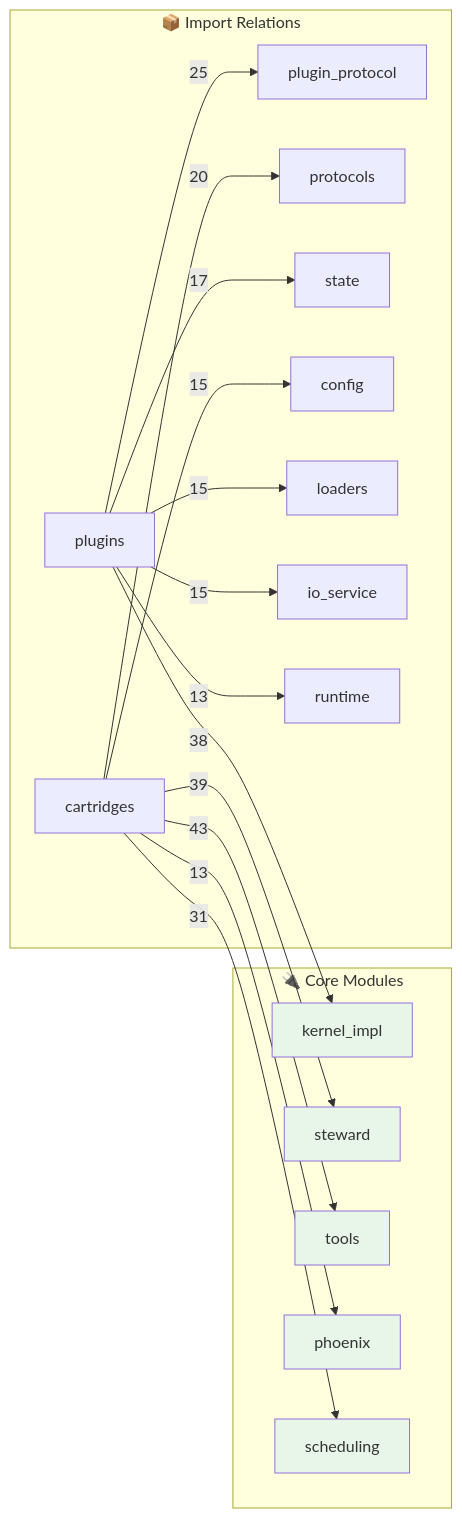
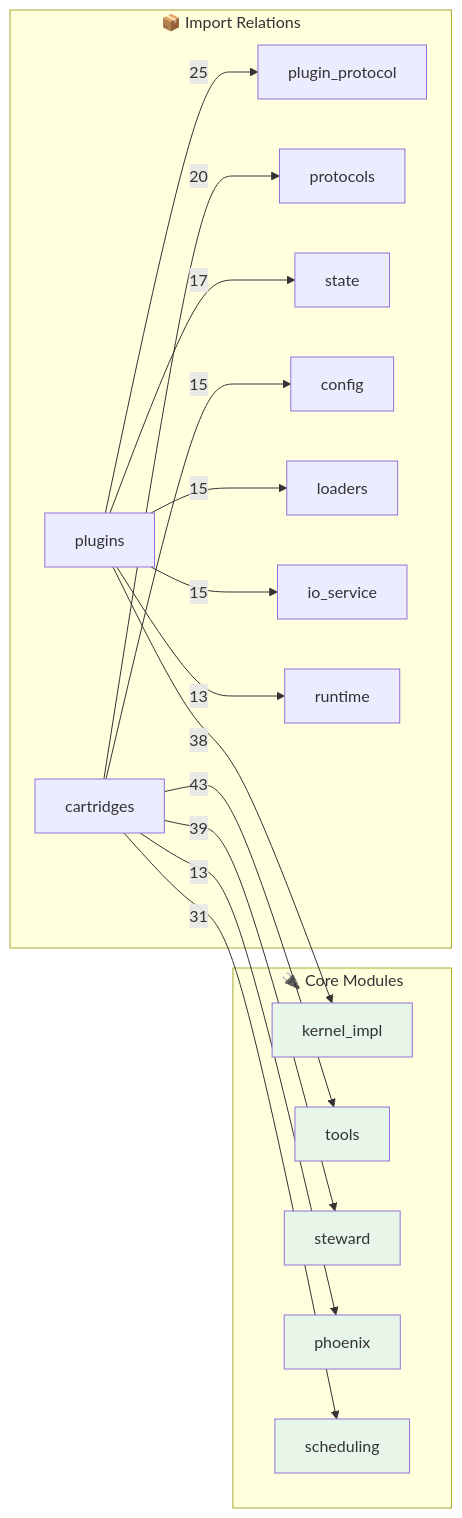
The second of 2 diagrams in OPUS.md (kimeisele/steward-protocol), drawn with Mermaid before and after one commit. The commit also changed other lines of this file and 14 other files, not shown here.

````diff
--- a/OPUS.md
+++ b/OPUS.md
@@ -541,31 +543,31 @@
 ```mermaid
 flowchart LR
     subgraph Core["🔌 Core Modules"]
         kernel_impl[kernel_impl]
+        tools[tools]
         steward[steward]
-        tools[tools]
         phoenix[phoenix]
         scheduling[scheduling]
     end
 
     subgraph Edges["📦 Import Relations"]
         cartridges -->|43| tools
         cartridges -->|39| steward
         plugins -->|38| kernel_impl
         cartridges -->|31| scheduling
         plugins -->|25| plugin_protocol
         cartridges -->|20| protocols
         plugins -->|17| state
         cartridges -->|15| config
         plugins -->|15| loaders
         plugins -->|15| io_service
         cartridges -->|13| phoenix
         plugins -->|13| runtime
     end
 
     style kernel_impl fill:#e8f5e9
+    style tools fill:#e8f5e9
     style steward fill:#e8f5e9
-    style tools fill:#e8f5e9
     style phoenix fill:#e8f5e9
     style scheduling fill:#e8f5e9
 ```
````
